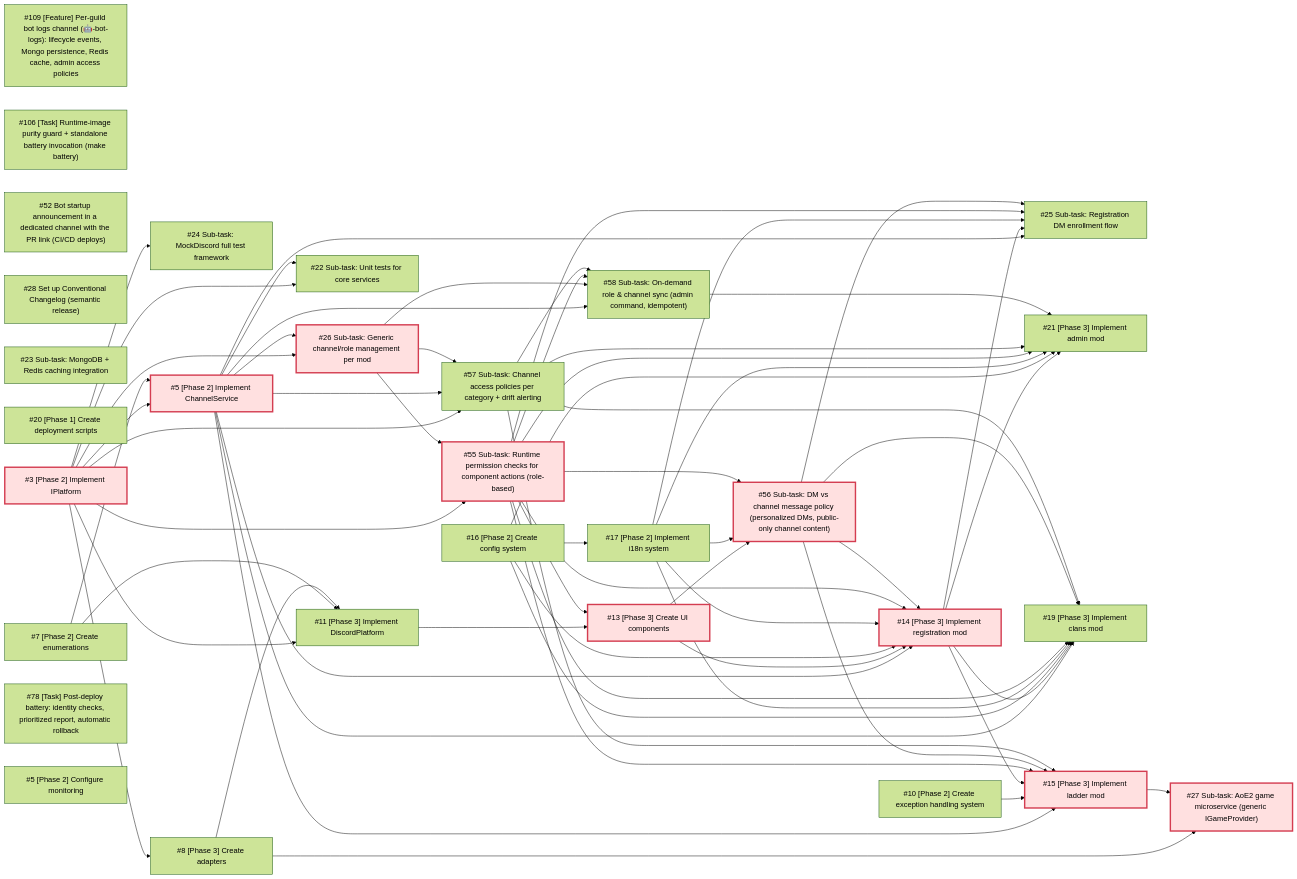
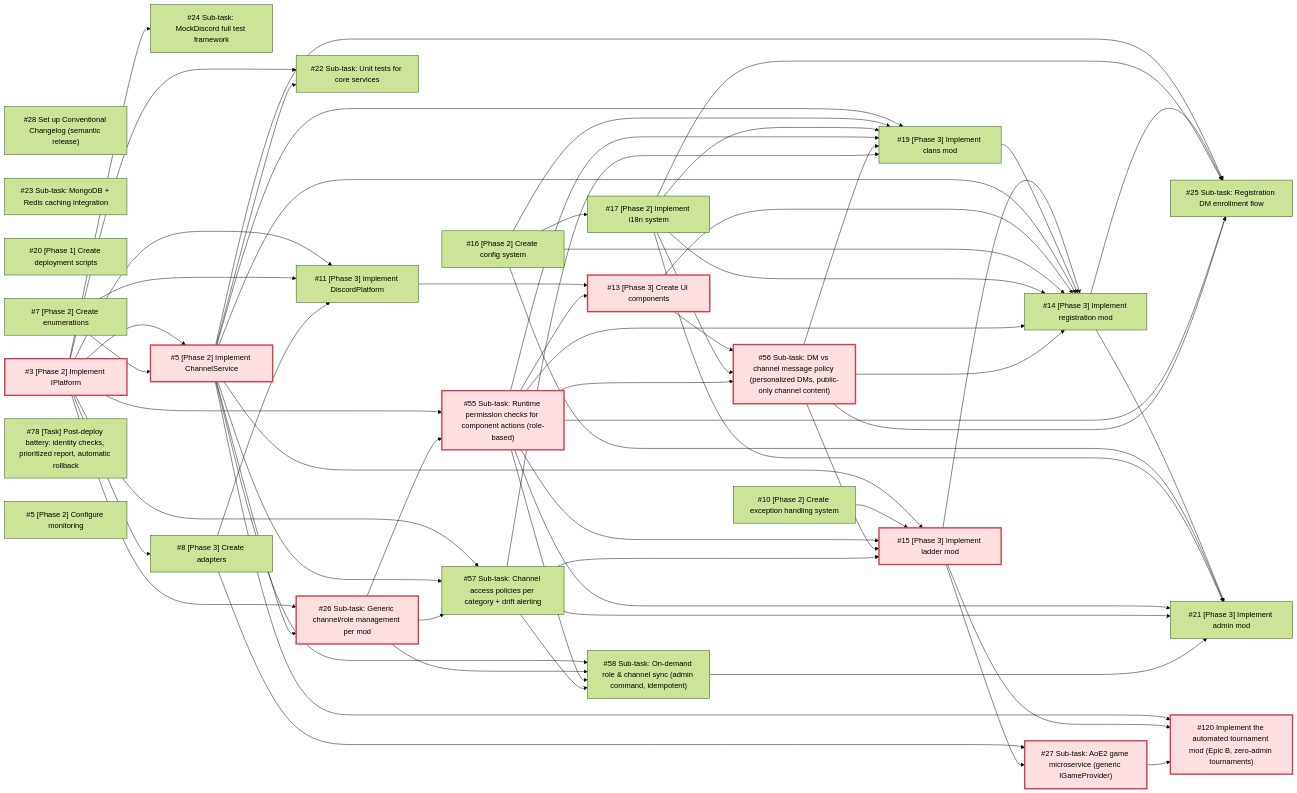
One commit to merlin-pinpin-org/kingdoms changed the diagram in docs/DEPENDENCIES.md. Above: the diagram before and after it, drawn with Mermaid (forest theme). The commit also changed other lines of this file and 1 other file, not shown here.

First line of the commit message:
docs(roadmap): re-sequence phase 0 — Lot 1 structural, then v0.4.0 first mods & generic registration

````diff
--- a/docs/DEPENDENCIES.md
+++ b/docs/DEPENDENCIES.md
@@ -28,12 +28,10 @@
 ```mermaid
 flowchart LR
-    ks_109["#109 [Feature] Per-guild bot logs channel (🤖-bot-logs): lifecycle events, Mongo persistence, Redis cache, admin access policies"]
-    ks_106["#106 [Task] Runtime-image purity guard + standalone battery invocation (make battery)"]
+    ks_120["#120 Implement the automated tournament mod (Epic B, zero-admin tournaments)"]
     ks_58["#58 Sub-task: On-demand role & channel sync (admin command, idempotent)"]
     ks_57["#57 Sub-task: Channel access policies per category + drift alerting"]
     ks_56["#56 Sub-task: DM vs channel message policy (personalized DMs, public-only channel content)"]
     ks_55["#55 Sub-task: Runtime permission checks for component actions (role-based)"]
-    ks_52["#52 Bot startup announcement in a dedicated channel with the PR link (CI/CD deploys)"]
     ks_28["#28 Set up Conventional Changelog (semantic release)"]
     ks_27["#27 Sub-task: AoE2 game microservice (generic IGameProvider)"]
     ks_26["#26 Sub-task: Generic channel/role management per mod"]
@@ -57,6 +55,9 @@
     ks_3["#3 [Phase 2] Implement IPlatform"]
     ki_78["#78 [Task] Post-deploy battery: identity checks, prioritized report, automatic rollback"]
     ki_5["#5 [Phase 2] Configure monitoring"]
+    ks_5 --> ks_120
+    ks_15 --> ks_120
+    ks_27 --> ks_120
     ks_5 --> ks_58
     ks_26 --> ks_58
     ks_55 --> ks_58
@@ -88,7 +89,6 @@
     ks_57 --> ks_21
     ks_58 --> ks_21
     ks_5 --> ks_19
-    ks_14 --> ks_19
     ks_16 --> ks_19
     ks_17 --> ks_19
     ks_55 --> ks_19
@@ -97,10 +97,11 @@
     ks_16 --> ks_17
     ks_5 --> ks_15
     ks_10 --> ks_15
-    ks_14 --> ks_15
     ks_55 --> ks_15
     ks_56 --> ks_15
     ks_57 --> ks_15
+    ks_15 --> ks_14
+    ks_19 --> ks_14
     ks_5 --> ks_14
     ks_13 --> ks_14
     ks_16 --> ks_14
@@ -116,5 +117,5 @@
     ks_3 --> ks_5
     ks_7 --> ks_5
     classDef critical fill:#ffe0e0,stroke:#d43d51,stroke-width:3px;
-    class ks_3,ks_5,ks_26,ks_55,ks_13,ks_56,ks_14,ks_15,ks_27 critical
+    class ks_3,ks_5,ks_26,ks_55,ks_13,ks_56,ks_15,ks_27,ks_120 critical
 ```
````
